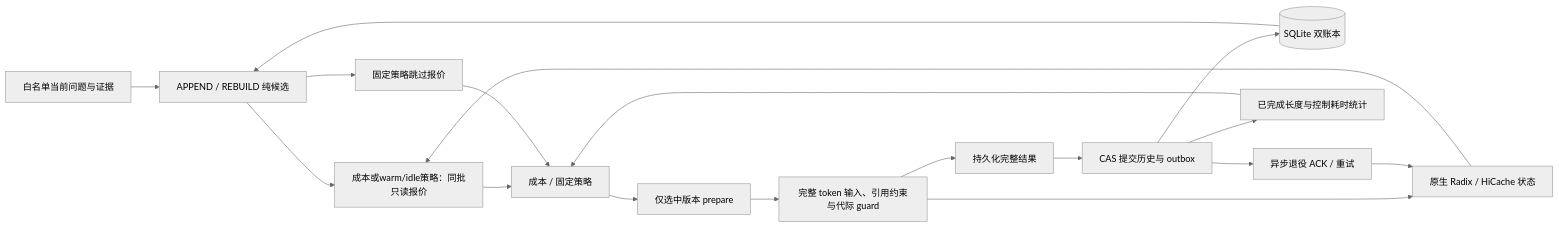
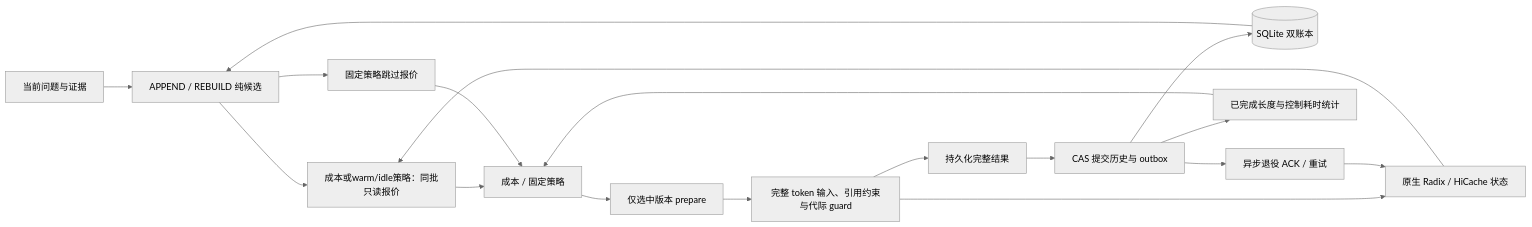
Before and after one commit to issaddy/ContextKV: the diagram in docs/architecture.md, drawn with Mermaid (neutral theme). The commit also changed other lines of this file and 36 other files, not shown here.

````diff
--- a/docs/architecture.md
+++ b/docs/architecture.md
@@ -9,20 +9,20 @@
 ```mermaid
 flowchart LR
-  Data[白名单当前问题与证据] --> Candidates[APPEND / REBUILD 纯候选]
+  Data[当前问题与证据] --> Candidates[APPEND / REBUILD 纯候选]
   Store[(SQLite 双账本)] --> Candidates
   Candidates --> Quote[成本或warm/idle策略：同批只读报价]
   Candidates --> Fixed[固定策略跳过报价]
   Quote --> Planner[成本 / 固定策略]
   Fixed --> Planner
   Planner --> Prepare[仅选中版本 prepare]
   Prepare --> Generate[完整 token 输入、引用约束与代际 guard]
   Generate --> Result[持久化完整结果]
   Result --> Commit[CAS 提交历史与 outbox]
   Commit --> Store
   Commit --> Retire[异步退役 ACK / 重试]
   Commit --> Feedback[已完成长度与控制耗时统计]
   Feedback --> Planner
   Generate --> Cache[原生 Radix / HiCache 状态]
   Retire --> Cache
   Cache --> Quote
 ```
````
